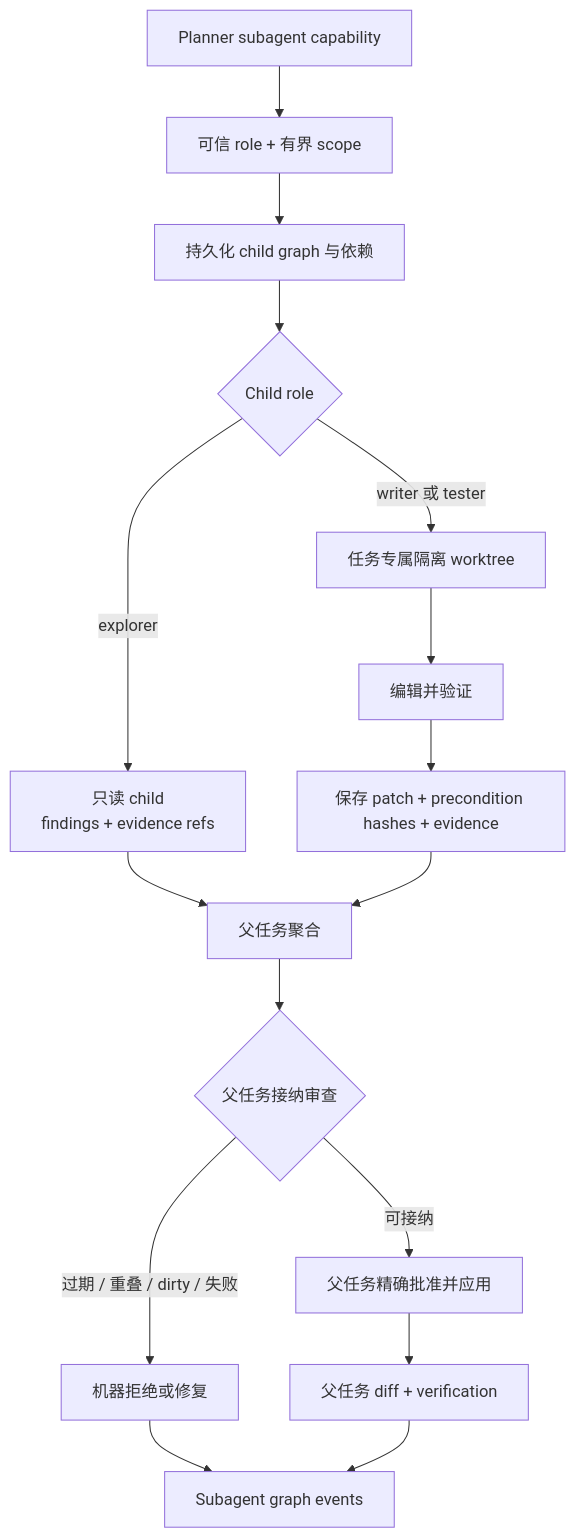
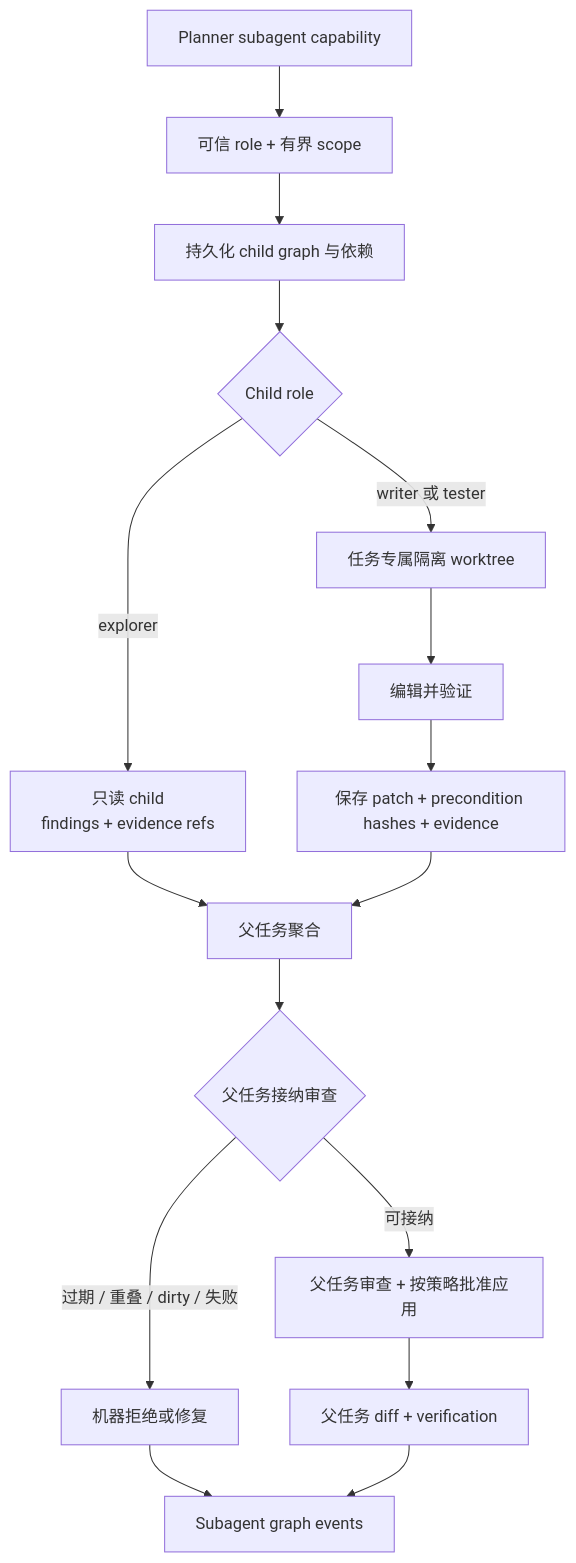
Before and after one commit to MatrixCoreX/RustClaw: the second of 3 diagrams in docs/architecture/04-coding-observability.zh-CN.md, drawn with Mermaid. The commit also changed other lines of this file and 17 other files, not shown here.

Commit message:
docs: synchronize architecture learning guide

````diff
--- a/docs/architecture/04-coding-observability.zh-CN.md
+++ b/docs/architecture/04-coding-observability.zh-CN.md
@@ -37,18 +39,18 @@
 ```mermaid
 flowchart TD
     A[Planner subagent capability] --> B[可信 role + 有界 scope]
     B --> C[持久化 child graph 与依赖]
     C --> D{Child role}
     D -->|explorer| E[只读 child<br/>findings + evidence refs]
     D -->|writer 或 tester| F[任务专属隔离 worktree]
     F --> G[编辑并验证]
     G --> H[保存 patch + precondition hashes + evidence]
     E --> I[父任务聚合]
     H --> I
     I --> J{父任务接纳审查}
     J -->|过期 / 重叠 / dirty / 失败| K[机器拒绝或修复]
-    J -->|可接纳| L[父任务精确批准并应用]
+    J -->|可接纳| L[父任务审查 + 按策略批准应用]
     L --> M[父任务 diff + verification]
     K --> N[Subagent graph events]
     M --> N
 ```
````
